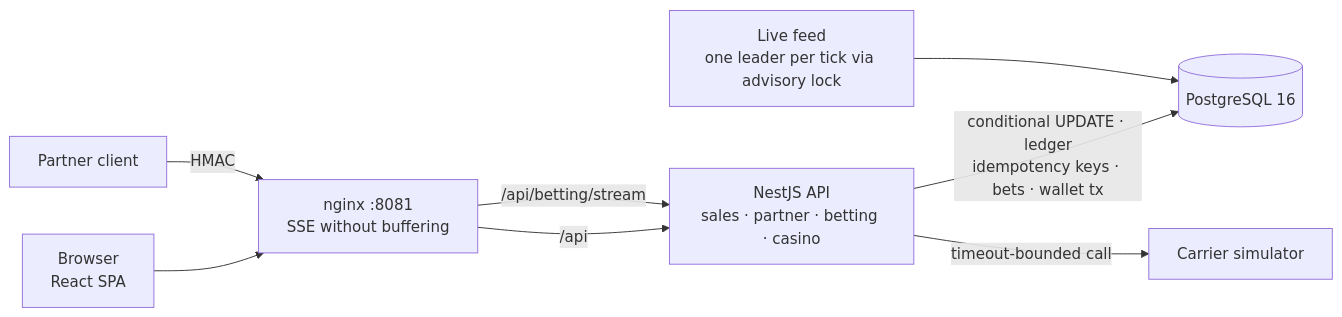
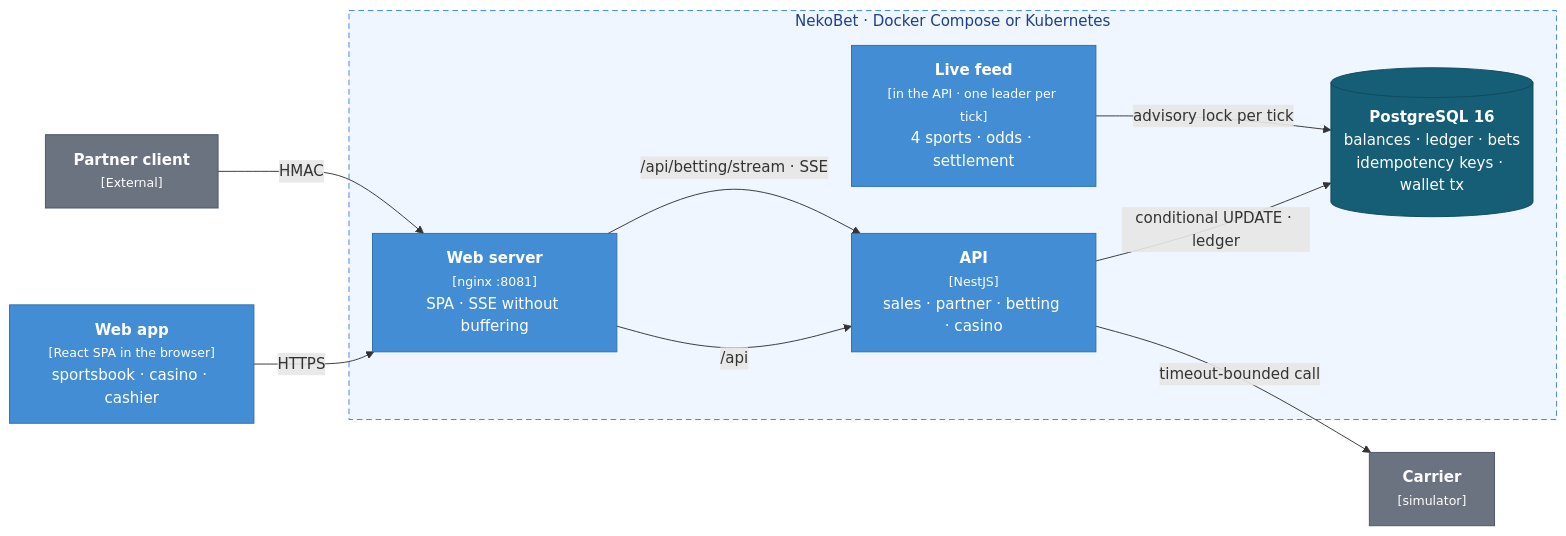
Before and after one commit to vzuliani97/vzuliani97.github.io: the diagram in diagrams/nekobet-containers.mmd, drawn with Mermaid. The commit also changed 12 other files, not shown here.

First line of the commit message:
feat: C4-style architecture diagrams (Mermaid, custom theme) for all three projects

```diff
--- a/diagrams/nekobet-containers.mmd
+++ b/diagrams/nekobet-containers.mmd
@@ -1,8 +1,24 @@
 flowchart LR
-  B["Browser<br/>React SPA"] --> N["nginx :8081<br/>SSE without buffering"]
-  I["Partner client"] -->|HMAC| N
-  N -->|/api| A["NestJS API<br/>sales · partner · betting · casino"]
-  N -->|/api/betting/stream| A
-  A -->|conditional UPDATE · ledger<br/>idempotency keys · bets · wallet tx| DB[("PostgreSQL 16")]
-  L["Live feed<br/>one leader per tick via advisory lock"] --> DB
-  A -->|timeout-bounded call| P["Carrier simulator"]
+  B["<b>Web app</b><br/><small>[React SPA in the browser]</small><br/>sportsbook · casino · cashier"]:::container
+  I["<b>Partner client</b><br/><small>[External]</small>"]:::external
+  subgraph boundary["NekoBet · Docker Compose or Kubernetes"]
+    N["<b>Web server</b><br/><small>[nginx :8081]</small><br/>SPA · SSE without buffering"]:::container
+    A["<b>API</b><br/><small>[NestJS]</small><br/>sales · partner · betting · casino"]:::container
+    L["<b>Live feed</b><br/><small>[in the API · one leader per tick]</small><br/>4 sports · odds · settlement"]:::container
+    DB[("<b>PostgreSQL 16</b><br/>balances · ledger · bets<br/>idempotency keys · wallet tx")]:::store
+  end
+  P["<b>Carrier</b><br/><small>[simulator]</small>"]:::external
+  B -->|"HTTPS"| N
+  I -->|"HMAC"| N
+  N -->|"/api"| A
+  N -->|"/api/betting/stream · SSE"| A
+  A -->|"conditional UPDATE · ledger"| DB
+  L -->|"advisory lock per tick"| DB
+  A -->|"timeout-bounded call"| P
+
+  classDef person fill:#0b3d75,stroke:#082c55,color:#ffffff
+  classDef container fill:#438dd5,stroke:#2e6fb0,color:#ffffff
+  classDef store fill:#155e75,stroke:#0e4a5c,color:#ffffff
+  classDef external fill:#6b7280,stroke:#4b5563,color:#ffffff
+  classDef planned fill:#ffffff,stroke:#94a3b8,stroke-dasharray:6 4,color:#475569
+  style boundary fill:#eff6ff,stroke:#3b82f6,stroke-dasharray:6 4,color:#1e3f8a
```
